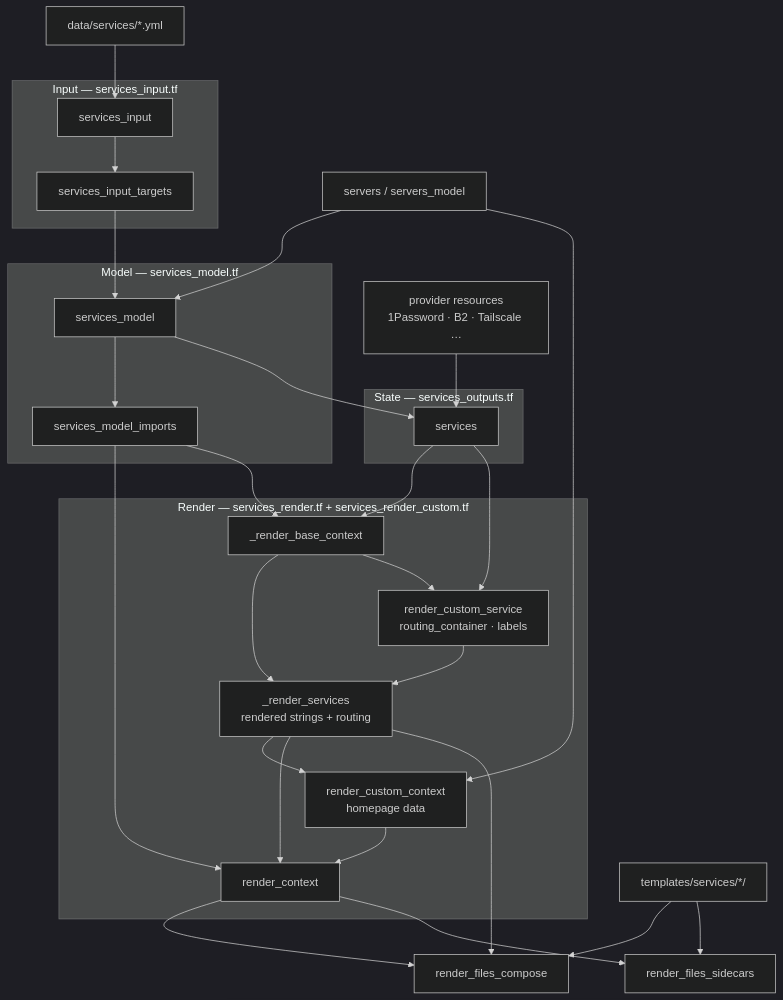
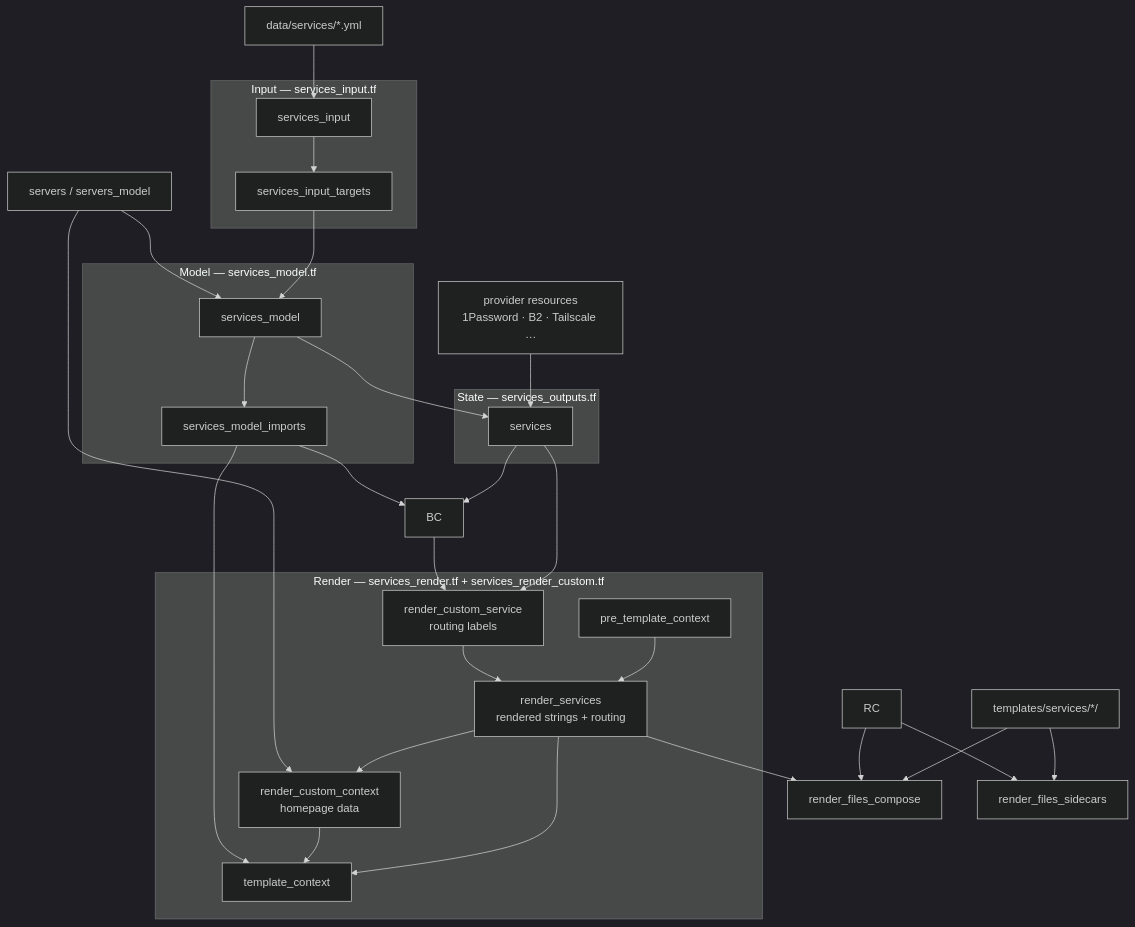
The diagram in README.md (maxexcloo/homelab), drawn with Mermaid (dark theme) before and after one commit. The commit also changed other lines of this file and 5 other files, not shown here.

Commit message:
refactor: enhance JSON schema and server model for dashboard card handling and defaults

````diff
--- a/README.md
+++ b/README.md
@@ -43,47 +43,47 @@
 ```mermaid
 flowchart TD
     YAML["data/services/*.yml"]
     SRVS["servers / servers_model"]
     PROV["provider resources\n1Password · B2 · Tailscale …"]
     TMPL["templates/services/*/"]
 
     subgraph input ["Input — services_input.tf"]
         SI["services_input"]
         SIT["services_input_targets"]
         SI --> SIT
     end
 
     subgraph model ["Model — services_model.tf"]
         SM["services_model"]
         SMI["services_model_imports"]
         SM --> SMI
     end
 
     subgraph state ["State — services_outputs.tf"]
         SVC["services"]
     end
 
     subgraph render ["Render — services_render.tf + services_render_custom.tf"]
-        BC["_render_base_context"]
-        SCS["render_custom_service\nrouting_container · labels"]
-        RS["_render_services\nrendered strings + routing"]
+        PTC["pre_template_context"]
+        SCS["render_custom_service\nrouting labels"]
+        RS["render_services\nrendered strings + routing"]
         RCC["render_custom_context\nhomepage data"]
-        RC["render_context"]
-        BC & SCS --> RS
+        TC["template_context"]
+        PTC & SCS --> RS
         RS --> RCC
-        RS & RCC & SMI --> RC
+        RS & RCC & SMI --> TC
     end
 
     FC["render_files_compose"]
     FS["render_files_sidecars"]
 
     YAML --> SI
     SIT --> SM
     SRVS --> SM & RCC
     SM & PROV --> SVC
     SVC & SMI --> BC
     SVC & BC --> SCS
     TMPL --> FC & FS
     RS & RC --> FC
     RC --> FS
 ```
````
